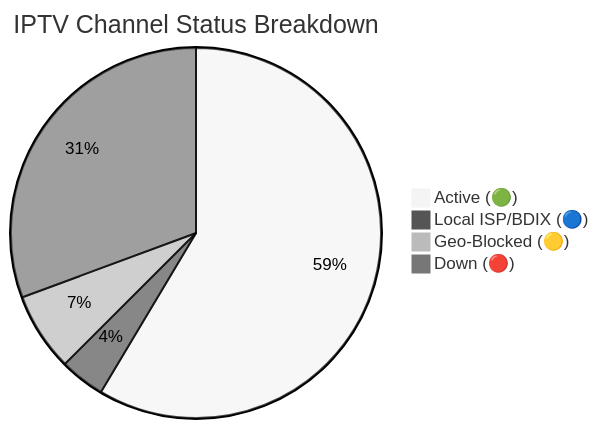
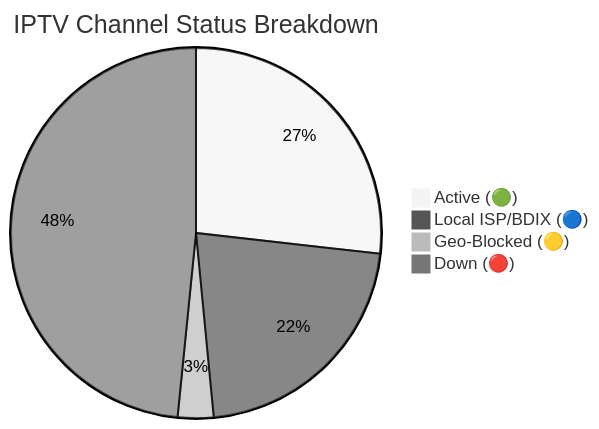
One commit to Zaman-Topu/Ip-tv-Collection changed the diagram in README.md. Above: the diagram before and after it, drawn with Mermaid (neutral theme). The commit also changed other lines of this file and 6 other files, not shown here.

````diff
--- a/README.md
+++ b/README.md
@@ -72,7 +72,7 @@
 ```mermaid
 pie title IPTV Channel Status Breakdown
-    "Active (🟢)" : 11483
-    "Local ISP/BDIX (🔵)" : 771
-    "Geo-Blocked (🟡)" : 1343
-    "Down (🔴)" : 6007
+    "Active (🟢)" : 11056
+    "Local ISP/BDIX (🔵)" : 8951
+    "Geo-Blocked (🟡)" : 1287
+    "Down (🔴)" : 19982
 ```
````
